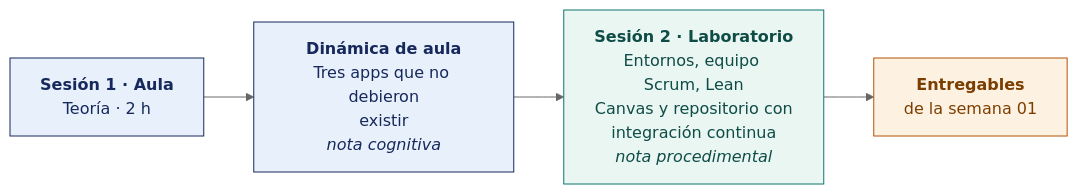
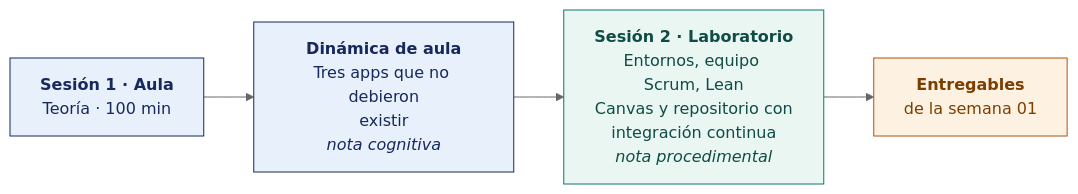
Before and after one commit to OscarJimenezFlores/MOVILES_II: the diagram in SEMANA-01/README.md, drawn with Mermaid (neutral theme). The commit also changed other lines of this file and 45 other files, not shown here.

````diff
--- a/SEMANA-01/README.md
+++ b/SEMANA-01/README.md
@@ -51,14 +51,14 @@
 ```mermaid
 flowchart LR
-    A["<b>Sesión 1 · Aula</b><br/>Teoría · 2 h"]
+    A["<b>Sesión 1 · Aula</b><br/>Teoría · 100 min"]
     B["<b>Dinámica de aula</b><br/>Tres apps que no debieron<br/>existir<br/><i>nota cognitiva</i>"]
     C["<b>Sesión 2 · Laboratorio</b><br/>Entornos, equipo Scrum, Lean<br/>Canvas y repositorio con<br/>integración continua<br/><i>nota procedimental</i>"]
     D["<b>Entregables</b><br/>de la semana 01"]
     A --> B --> C --> D
     classDef aula fill:#E8F1FB,stroke:#16285C,stroke-width:1px,color:#16285C;
     classDef lab fill:#E9F6F2,stroke:#0F766E,stroke-width:1px,color:#0F4C46;
     classDef ent fill:#FDF2E2,stroke:#B45309,stroke-width:1px,color:#7C3E00;
     class A,B aula;
     class C lab;
     class D ent;
 ```
````
